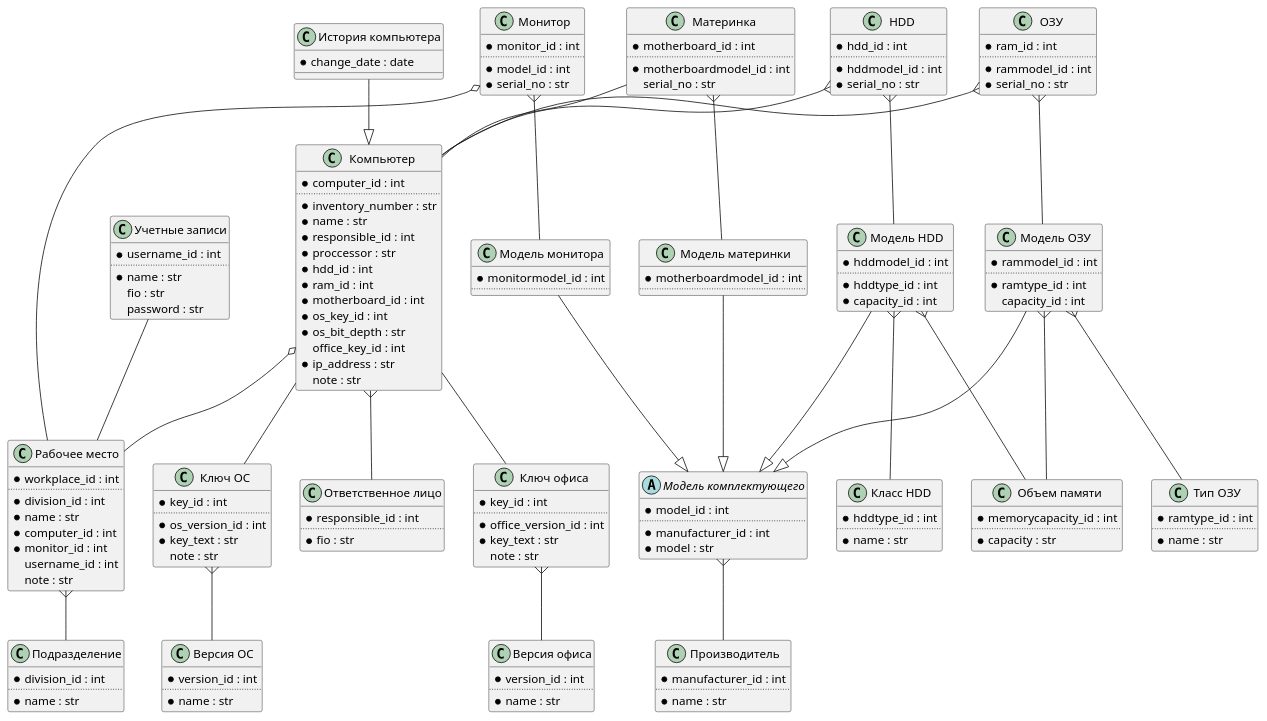
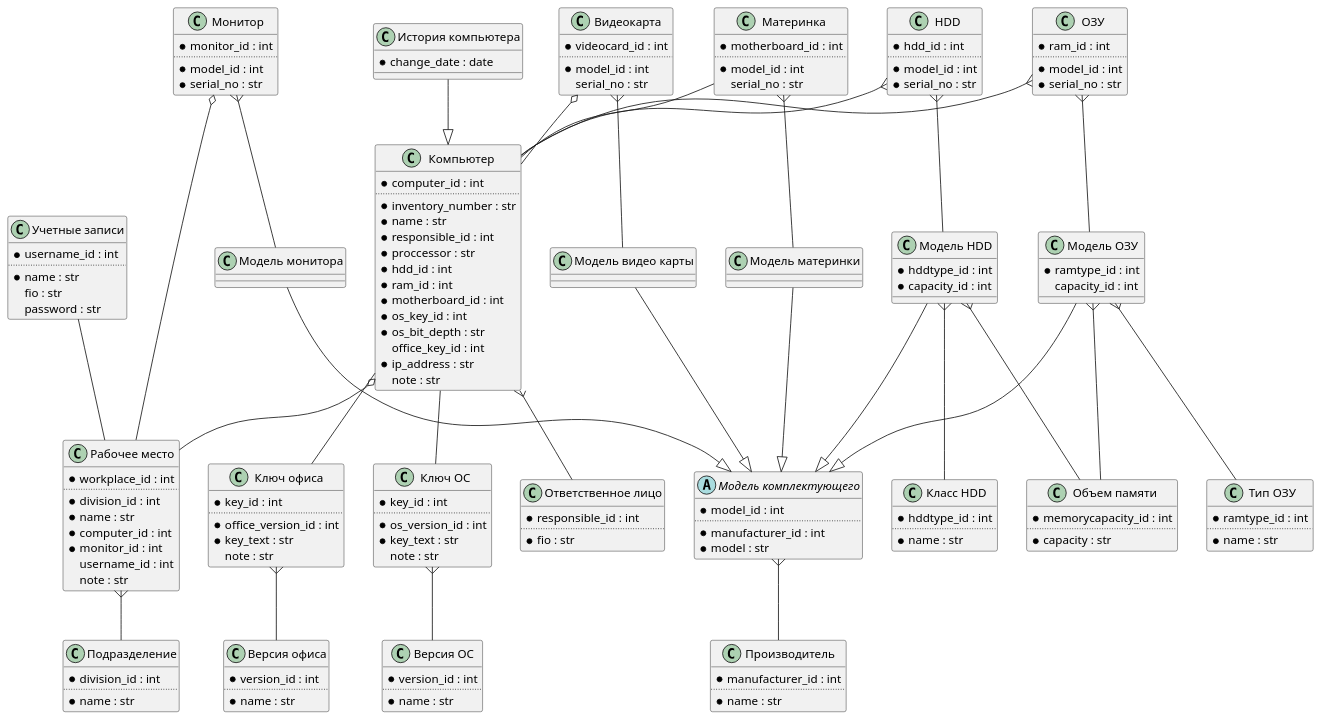
Before and after one commit to IamEvrik/ipce: the diagram in database.plantuml, drawn with PlantUML. The commit also changed 16 other files, not shown here.

```diff
--- a/database.plantuml
+++ b/database.plantuml
@@ -1,194 +1,199 @@
 @startuml
 
 class "Версия офиса" as OfficeVersion {
 	{field} *version_id : int
 	..
 	{field} *name : str
 }
 
 class "Ключ офиса" as OfficeKey {
 	{field} *key_id : int
 	..
 	{field} *office_version_id : int
 	{field} *key_text : str
 	{field} note : str
 }
 
 class "Версия ОС" as OSVersion {
 	{field} *version_id : int
 	..
 	{field} *name : str
 }
 
 class "Ключ ОС" as OSKey {
 	{field} *key_id : int
 	..
 	{field} *os_version_id : int
 	{field} *key_text : str
 	{field} note : str
 }
 
 class "Подразделение" as Division {
 	{field} *division_id : int
 	..
 	{field} *name : str
 }
 
 class "Рабочее место" as WorkPlace {
 	{field} *workplace_id : int
 	..
 	{field} *division_id : int
 	{field} *name : str
 	{field} *computer_id : int
 	{field} *monitor_id : int
 	{field} username_id : int
 	{field} note : str
 } 
 
 class "Компьютер" as Computer {
 	{field} *computer_id : int
 	..
 	{field} *inventory_number : str
 	{field} *name : str
 	{field} *responsible_id : int
 	{field} *proccessor : str
 	{field} *hdd_id : int
 	{field} *ram_id : int
 	{field} *motherboard_id : int
 	{field} *os_key_id : int
 	{field} *os_bit_depth : str
 	{field} office_key_id : int
 	{field} *ip_address : str
 	{field} note : str
 }	
 
 class "История компьютера" as ComputerHistory {
 	{field} *change_date : date
 }
 
 class "Монитор" as Monitor {
 	{field} *monitor_id : int
 	..
 	{field} *model_id : int
 	{field} *serial_no : str
 }
 
 class "Учетные записи" as UserName {
 	{field} *username_id : int
 	..
 	{field} *name : str
 	{field} fio : str
 	{field} password : str
 }
 
 class "Ответственное лицо" as Responsible {
 	{field} *responsible_id : int
 	..
 	{field} *fio : str
 } 
 		
 class "Производитель" as Manufacturer {
 	{field} *manufacturer_id : int
 	..
 	{field} *name : str
 }
 
 abstract class "Модель комплектующего" as AbstractAccessoryModel {
 	{field} *model_id : int
 	..
 	{field} *manufacturer_id : int
 	{field} *model : str
 }
 
 class "Тип ОЗУ" as RAMType {
 	{field} *ramtype_id : int
 	..
 	{field} *name : str
 }
 
 class "Объем памяти" as MemoryCapacity {
 	{field} *memorycapacity_id : int
 	..
 	{field} *capacity : str	
 }
 
+class "Модель ОЗУ" as RAMModel {
+	{field} *ramtype_id : int
+	{field} capacity_id : int
+}
+
 class "ОЗУ" as RAM {
 	{field} *ram_id : int
 	..
-	{field} *rammodel_id : int
+	{field} *model_id : int
 	{field} *serial_no : str
 }
 
 class "Класс HDD" as HDDType {
 	{field} *hddtype_id : int
 	..
 	{field} *name : str
 }
 
-class "HDD" as HDD {
-	{field} *hdd_id : int
-	..
-	{field} *hddmodel_id : int
-	{field} *serial_no : str
-}
-
-class "Модель ОЗУ" as RAMModel {
-	{field} *rammodel_id : int
-	..
-	{field} *ramtype_id : int
-	{field} capacity_id : int
-}
-
 class "Модель HDD" as HDDModel {
-	{field} *hddmodel_id : int
-	..
 	{field} *hddtype_id : int
 	{field} *capacity_id : int	
 }
 
+class "HDD" as HDD {
+	{field} *hdd_id : int
+	..
+	{field} *model_id : int
+	{field} *serial_no : str
+}
+
+
 class "Модель монитора" as MonitorModel {
-	{field} *monitormodel_id : int
-	..
 }		
 
 class "Модель материнки" as MotherboardModel {
-	{field} *motherboardmodel_id : int
-	..
 }
 
 class "Материнка" as Motherboard {
 	{field} *motherboard_id : int
 	..
-	{field} *motherboardmodel_id : int
+	{field} *model_id : int
 	{field} serial_no : str
 }
 
+class "Модель видео карты" as VideocardModel {
+}
+
+class "Видеокарта" as Videocard {
+	{field} *videocard_id : int
+	..
+	{field} *model_id : int
+	{field} serial_no : str
+}
 
 OfficeKey }-- OfficeVersion
 OSKey }-- OSVersion
 WorkPlace }-- Division	
 Computer -- OSKey
 Computer -- OfficeKey
 Computer o-- WorkPlace	
 Computer }-- Responsible
 ComputerHistory --|> Computer
 AbstractAccessoryModel }-- Manufacturer
 MonitorModel --|> AbstractAccessoryModel		
 Monitor o-- WorkPlace
 Monitor }-- MonitorModel
 UserName -- WorkPlace
 RAMModel }-- RAMType
 RAMModel }-- MemoryCapacity
 RAMModel --|> AbstractAccessoryModel
 RAM }-- RAMModel
 RAM }-- Computer
 HDDModel }-- HDDType
 HDD }-- Computer	
 HDDModel --|> AbstractAccessoryModel
 HDDModel }-- MemoryCapacity
 HDD }-- HDDModel	
 MotherboardModel --|> AbstractAccessoryModel
 Motherboard }-- MotherboardModel
 Motherboard -- Computer		
+VideocardModel --|> AbstractAccessoryModel
+Videocard }-- VideocardModel
+Videocard o-- Computer		
 
 @enduml
```
